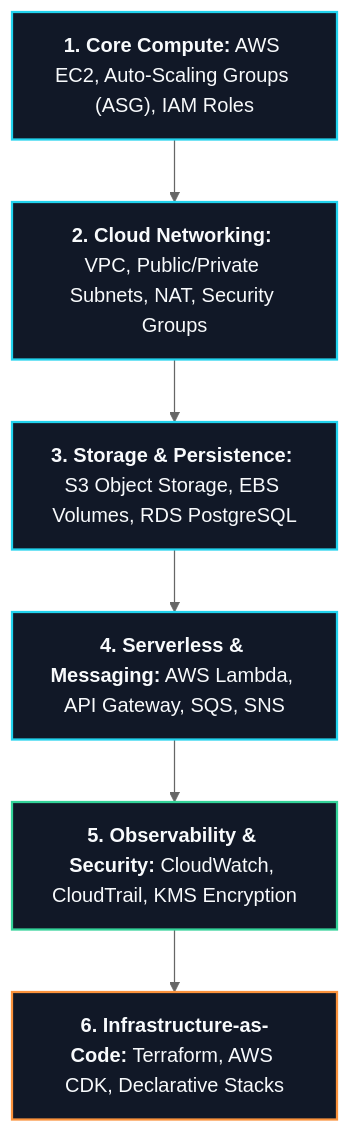
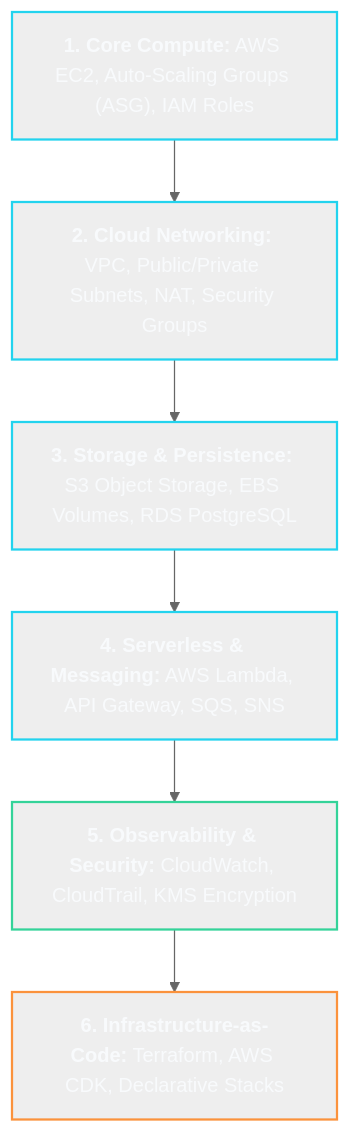
The diagram in BrainOS/06 - Infrastructure/Cloud & AWS.md (abhinavbharti2345/CS_Notes), drawn with Mermaid (neutral theme) before and after one commit. The commit also changed 26 other files, not shown here.

Commit message:
feat: initialize BrainOS knowledge base with foundational curriculum and roadmap notes

````diff
--- a/BrainOS/06 - Infrastructure/Cloud & AWS.md
+++ b/BrainOS/06 - Infrastructure/Cloud & AWS.md
@@ -36,15 +36,15 @@
 ```mermaid
 flowchart TD
     CL1["<b>1. Core Compute:</b> AWS EC2, Auto-Scaling Groups (ASG), IAM Roles"] --> CL2["<b>2. Cloud Networking:</b> VPC, Public/Private Subnets, NAT, Security Groups"]
     CL2 --> CL3["<b>3. Storage & Persistence:</b> S3 Object Storage, EBS Volumes, RDS PostgreSQL"]
     CL3 --> CL4["<b>4. Serverless & Messaging:</b> AWS Lambda, API Gateway, SQS, SNS"]
     CL4 --> CL5["<b>5. Observability & Security:</b> CloudWatch, CloudTrail, KMS Encryption"]
     CL5 --> CL6["<b>6. Infrastructure-as-Code:</b> Terraform, AWS CDK, Declarative Stacks"]
 
-    style CL1 fill:#111827,stroke:#22D3EE,stroke-width:1.8px,color:#F8FAFC
-    style CL2 fill:#111827,stroke:#22D3EE,stroke-width:1.8px,color:#F8FAFC
-    style CL3 fill:#111827,stroke:#22D3EE,stroke-width:1.8px,color:#F8FAFC
-    style CL4 fill:#111827,stroke:#22D3EE,stroke-width:1.8px,color:#F8FAFC
-    style CL5 fill:#111827,stroke:#34D399,stroke-width:1.8px,color:#F8FAFC
-    style CL6 fill:#111827,stroke:#FB923C,stroke-width:1.8px,color:#F8FAFC
+    style CL1 stroke:#22D3EE,stroke-width:1.8px,color:#F8FAFC
+    style CL2 stroke:#22D3EE,stroke-width:1.8px,color:#F8FAFC
+    style CL3 stroke:#22D3EE,stroke-width:1.8px,color:#F8FAFC
+    style CL4 stroke:#22D3EE,stroke-width:1.8px,color:#F8FAFC
+    style CL5 stroke:#34D399,stroke-width:1.8px,color:#F8FAFC
+    style CL6 stroke:#FB923C,stroke-width:1.8px,color:#F8FAFC
 ```
````
